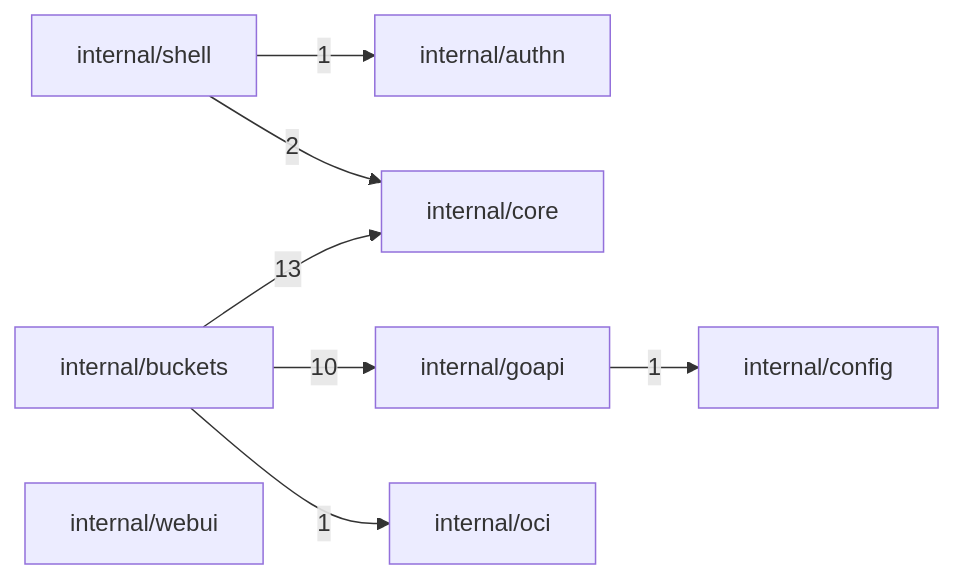
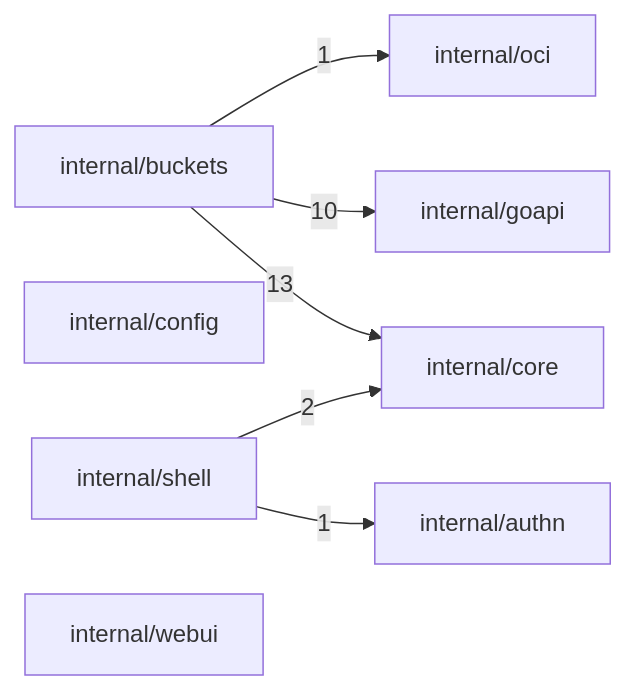
One commit to aleburrascano/altune changed the second of 3 diagrams in docs/architecture.md. Above: the diagram before and after it, drawn with Mermaid. The commit also changed other lines of this file and 1 other file, not shown here.

First line of the commit message:
fix(tooling): count only import edges in the arch diagram (closes #2027) (#2034)

````diff
--- a/docs/architecture.md
+++ b/docs/architecture.md
@@ -56,17 +56,16 @@
 ```mermaid
 flowchart LR
   services_overseer_internal_authn["internal/authn"]
   services_overseer_internal_buckets["internal/buckets"]
   services_overseer_internal_config["internal/config"]
   services_overseer_internal_core["internal/core"]
   services_overseer_internal_goapi["internal/goapi"]
   services_overseer_internal_oci["internal/oci"]
   services_overseer_internal_shell["internal/shell"]
   services_overseer_internal_webui["internal/webui"]
   services_overseer_internal_buckets -->|13| services_overseer_internal_core
   services_overseer_internal_buckets -->|10| services_overseer_internal_goapi
   services_overseer_internal_buckets -->|1| services_overseer_internal_oci
-  services_overseer_internal_goapi -->|1| services_overseer_internal_config
   services_overseer_internal_shell -->|1| services_overseer_internal_authn
   services_overseer_internal_shell -->|2| services_overseer_internal_core
 ```
````
